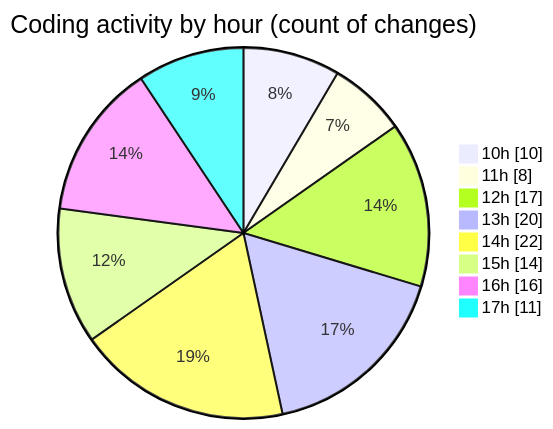
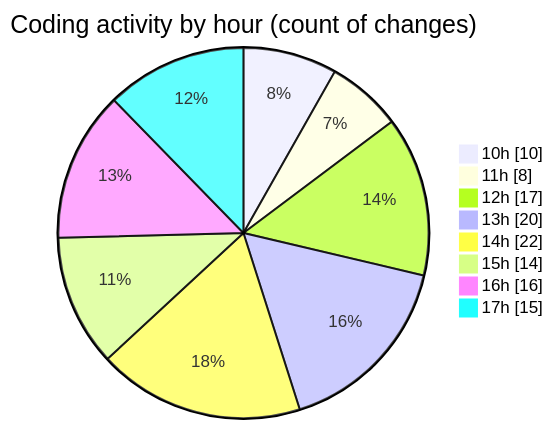
The second of 2 diagrams in 2025-12-03/cda/README.md (momahboobian/code-tracking), drawn with Mermaid before and after one commit. The commit also changed other lines of this file and 1 other file, not shown here.

````diff
--- a/2025-12-03/cda/README.md
+++ b/2025-12-03/cda/README.md
@@ -44,12 +44,12 @@
 ```mermaid
 pie showData
 title Coding activity by hour (count of changes)
 "10h" : 10
 "11h" : 8
 "12h" : 17
 "13h" : 20
 "14h" : 22
 "15h" : 14
 "16h" : 16
-"17h" : 11
+"17h" : 15
 ```
````
